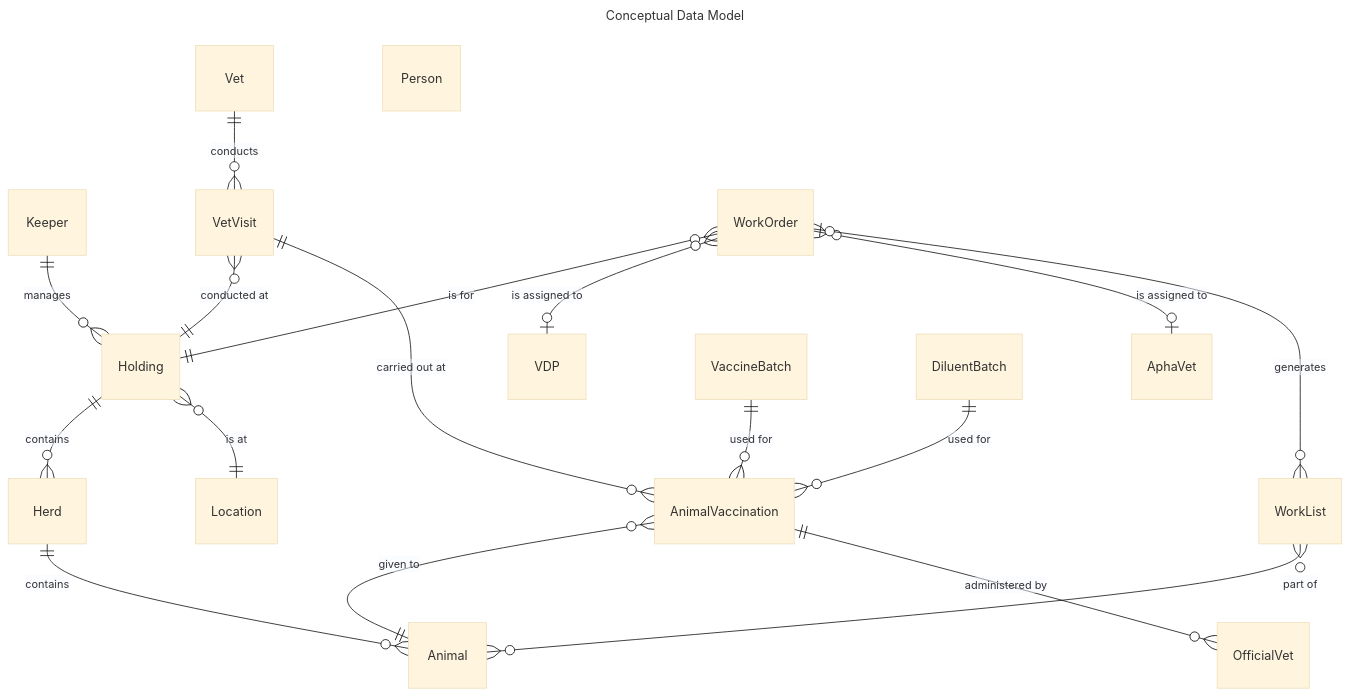
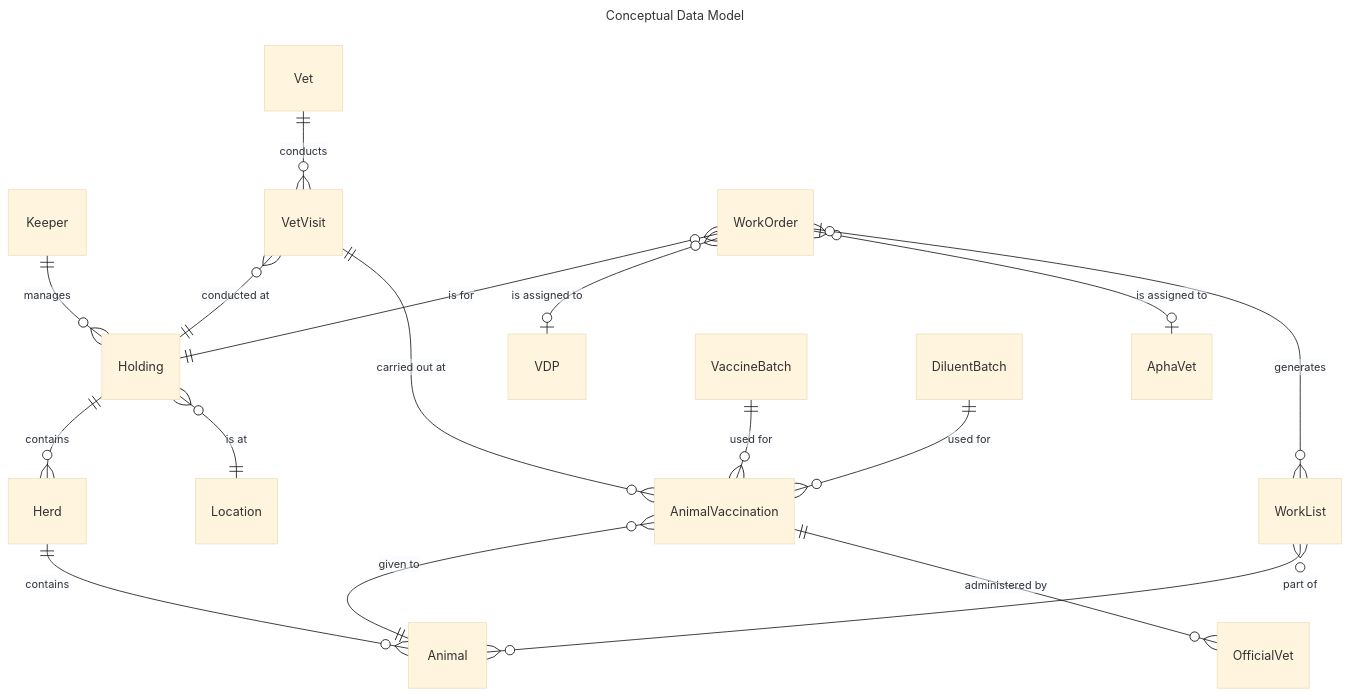
One commit to DEFRA/cattle-vaccination-documentation changed the first of 3 diagrams in technology/data-architecture/structure-view/README.md. Above: the diagram before and after it, drawn with Mermaid (base theme). The commit also changed other lines of this file, not shown here.

````diff
--- a/technology/data-architecture/structure-view/README.md
+++ b/technology/data-architecture/structure-view/README.md
@@ -19,57 +19,55 @@
 ```mermaid
 ---
 title: Conceptual Data Model
 ---
 erDiagram
     classDef external stroke:#666
 
+    %% Entities
     Keeper
     Holding
     Herd
     Animal
     Location
     Vet
     OfficialVet
     AphaVet
     VDP
     VetVisit
-    Person
 
-
-
-
+    %% Relationships
     Keeper ||--o{ Holding : manages
 
     Holding ||--o{ Herd : contains
 
     Holding }o--|| Location : "is at" 
 
     Herd ||--o{ Animal : contains
 
     Vet ||--o{ VetVisit : conducts
 
     VetVisit }o--|| Holding : "conducted at"
 
 
     WorkOrder }o--|| Holding : "is for"
 
     WorkOrder }o--o| VDP : "is assigned to"
     WorkOrder }o--o| AphaVet : "is assigned to"
 
     WorkList }o--o{ Animal : "part of"
     
     WorkOrder |o--o{ WorkList : "generates"
 
     VetVisit ||--o{ AnimalVaccination : "carried out at"
 
     AnimalVaccination }o--|| Animal: "given to"
 
     AnimalVaccination ||--o{ OfficialVet : "administered by"
 
     VaccineBatch ||--o{ AnimalVaccination: "used for"
 
     DiluentBatch ||--o{ AnimalVaccination: "used for"
 
     
 
 ```
````
